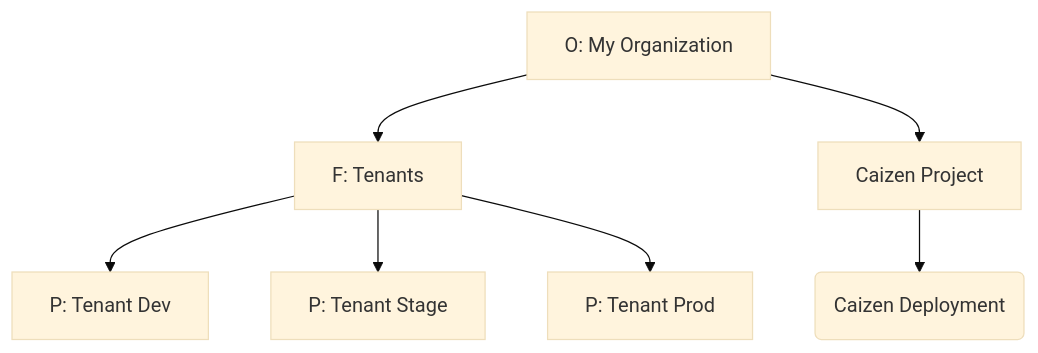
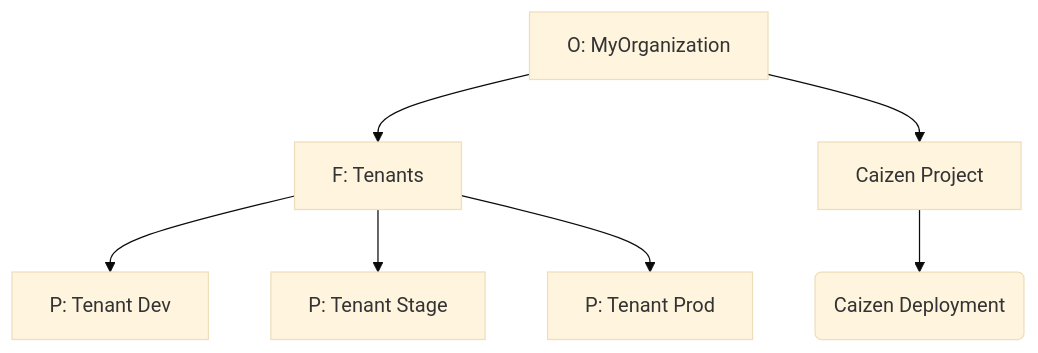
Before and after one commit to caizencloud/caizen: the diagram in docs/index.md, drawn with Mermaid (base theme).

Commit message:
test change

````diff
--- a/docs/index.md
+++ b/docs/index.md
@@ -5,9 +5,9 @@
 ```mermaid
 graph TD
-  A[O: My Organization] --> B[F: Tenants]
+  A[O: MyOrganization] --> B[F: Tenants]
   A --> Z[Caizen Project]
   Z --> Dep(Caizen Deployment)
   B --> G[P: Tenant Dev]
   B --> H[P: Tenant Stage]
   B --> I[P: Tenant Prod]
 ```
````
